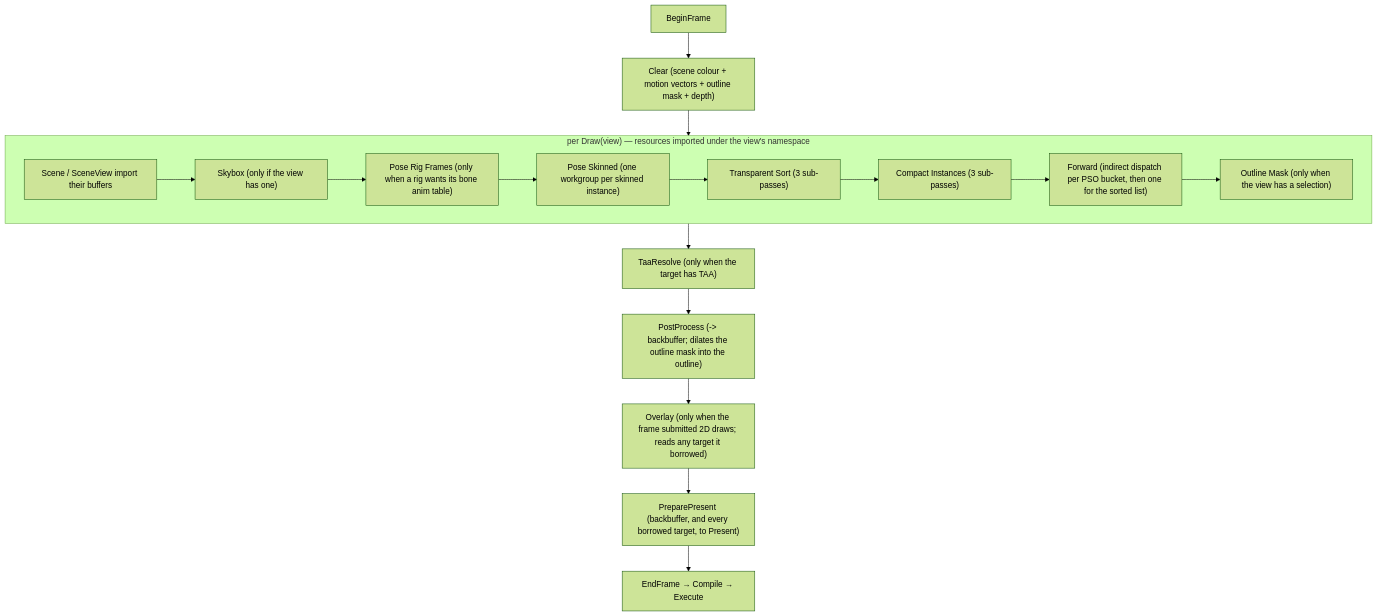
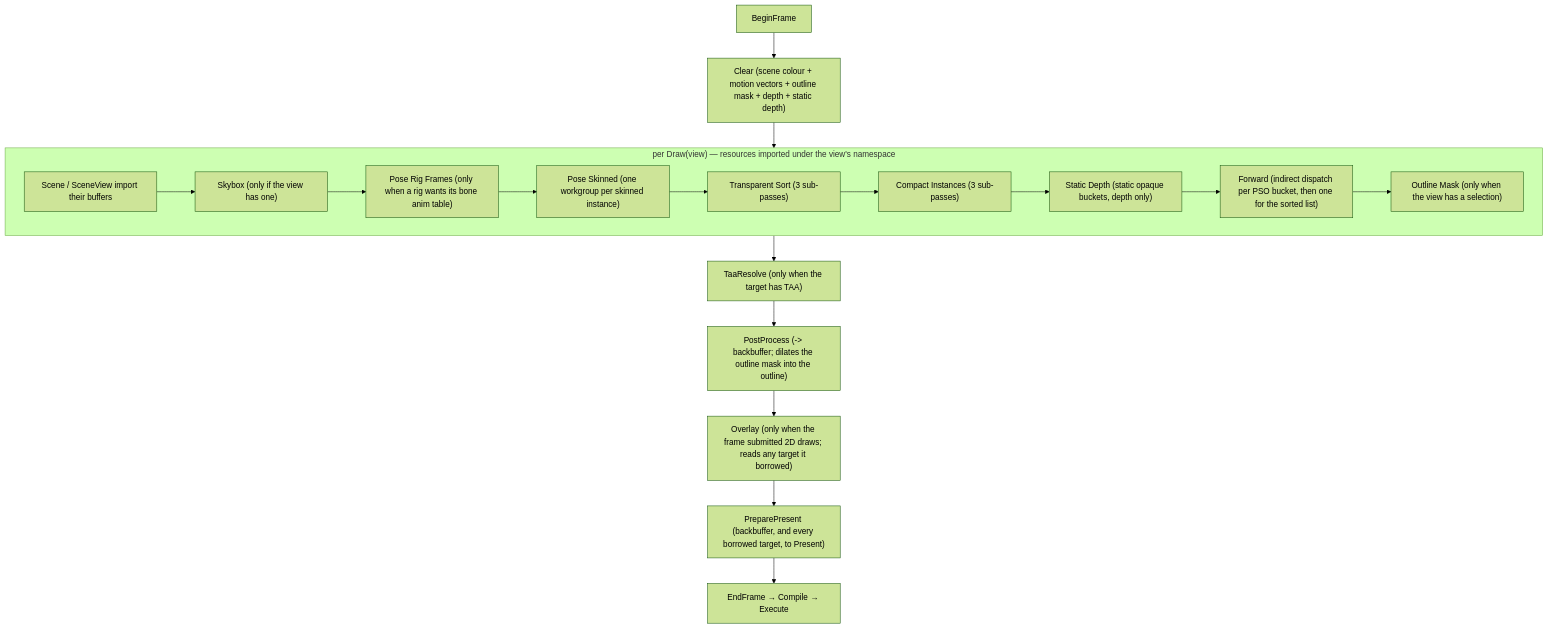
Before and after one commit to alexjiang200407/bernini: the diagram in docs/passes.md, drawn with Mermaid (forest theme). The commit also changed other lines of this file and 5 other files, not shown here.

````diff
--- a/docs/passes.md
+++ b/docs/passes.md
@@ -32,19 +32,20 @@
 ```mermaid
 flowchart TD
-    BF["BeginFrame"] --> CLR["Clear (scene colour + motion vectors + outline mask + depth)"]
+    BF["BeginFrame"] --> CLR["Clear (scene colour + motion vectors + outline mask + depth + static depth)"]
     CLR --> D["per Draw(view)"]
     subgraph D["per Draw(view) — resources imported under the view's namespace"]
         IMP["Scene / SceneView import their buffers"] --> SKY["Skybox (only if the view has one)"]
         SKY --> RIG["Pose Rig Frames (only when a rig wants its bone anim table)"]
         RIG --> POSE["Pose Skinned (one workgroup per skinned instance)"]
         POSE --> TS["Transparent Sort (3 sub-passes)"]
         TS --> CI["Compact Instances (3 sub-passes)"]
-        CI --> FWD["Forward (indirect dispatch per PSO bucket, then one for the sorted list)"]
+        CI --> SD["Static Depth (static opaque buckets, depth only)"]
+        SD --> FWD["Forward (indirect dispatch per PSO bucket, then one for the sorted list)"]
         FWD --> SM["Outline Mask (only when the view has a selection)"]
     end
     D --> TAA["TaaResolve (only when the target has TAA)"]
     TAA --> PPX["PostProcess (-> backbuffer; dilates the outline mask into the outline)"]
     PPX --> OVL["Overlay (only when the frame submitted 2D draws; reads any target it borrowed)"]
     OVL --> PP["PreparePresent (backbuffer, and every borrowed target, to Present)"]
     PP --> EF["EndFrame → Compile → Execute"]
 ```
````
